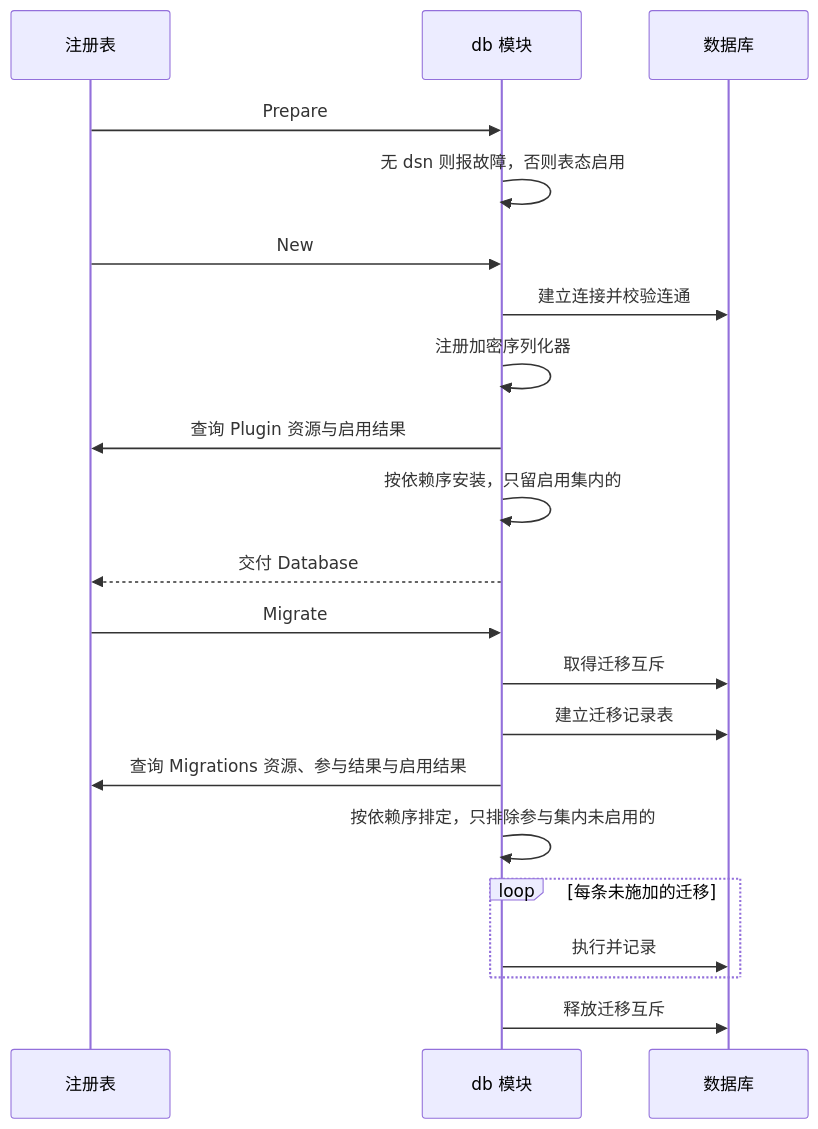
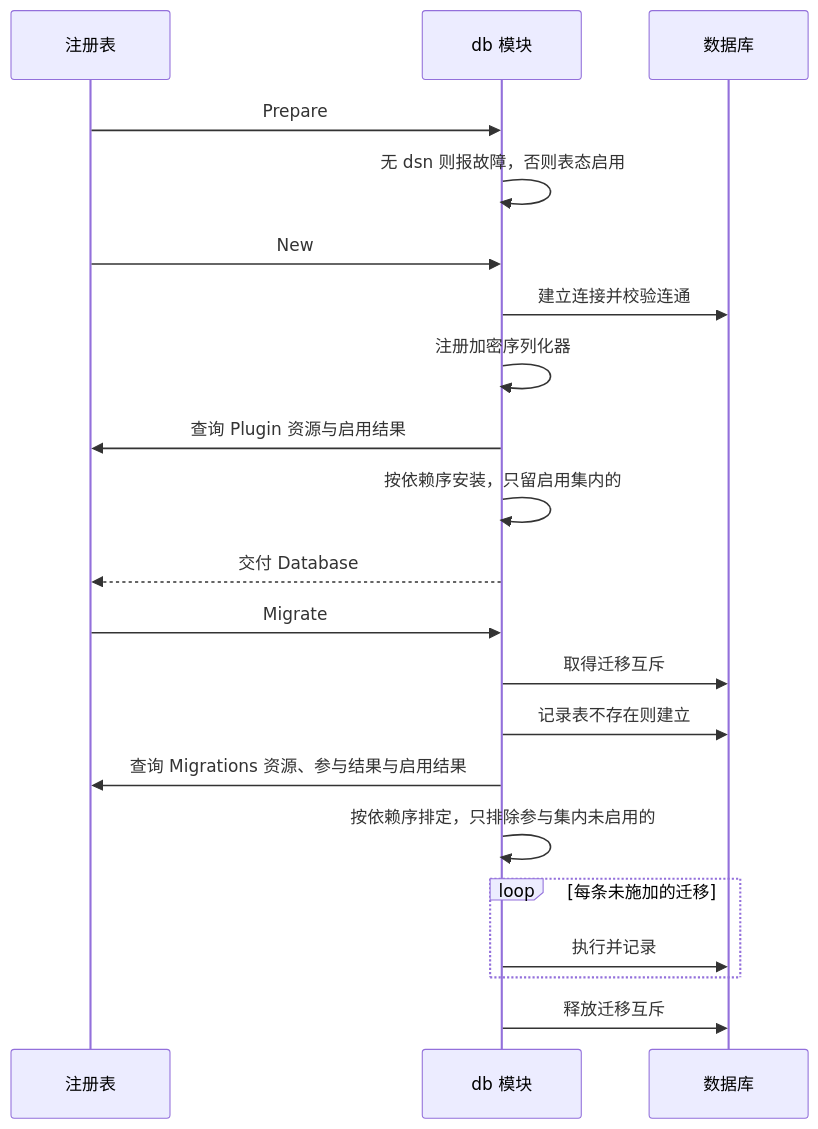
Before and after one commit to wangzw/speed: the second of 2 diagrams in docs/design/modules/design-db.md, drawn with Mermaid. The commit also changed other lines of this file and 2 other files, not shown here.

````diff
--- a/docs/design/modules/design-db.md
+++ b/docs/design/modules/design-db.md
@@ -210,23 +210,23 @@
 ```mermaid
 sequenceDiagram
     participant R as 注册表
     participant D as db 模块
     participant G as 数据库
     R->>D: Prepare
     D->>D: 无 dsn 则报故障，否则表态启用
     R->>D: New
     D->>G: 建立连接并校验连通
     D->>D: 注册加密序列化器
     D->>R: 查询 Plugin 资源与启用结果
     D->>D: 按依赖序安装，只留启用集内的
     D-->>R: 交付 Database
     R->>D: Migrate
     D->>G: 取得迁移互斥
-    D->>G: 建立迁移记录表
+    D->>G: 记录表不存在则建立
     D->>R: 查询 Migrations 资源、参与结果与启用结果
     D->>D: 按依赖序排定，只排除参与集内未启用的
     loop 每条未施加的迁移
         D->>G: 执行并记录
     end
     D->>G: 释放迁移互斥
 ```
````
